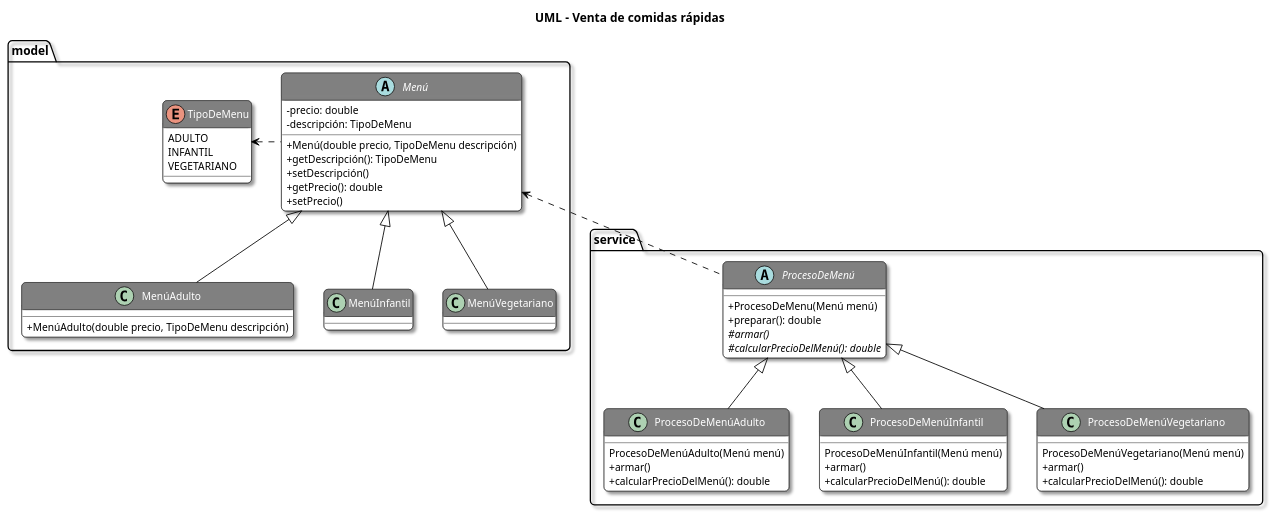
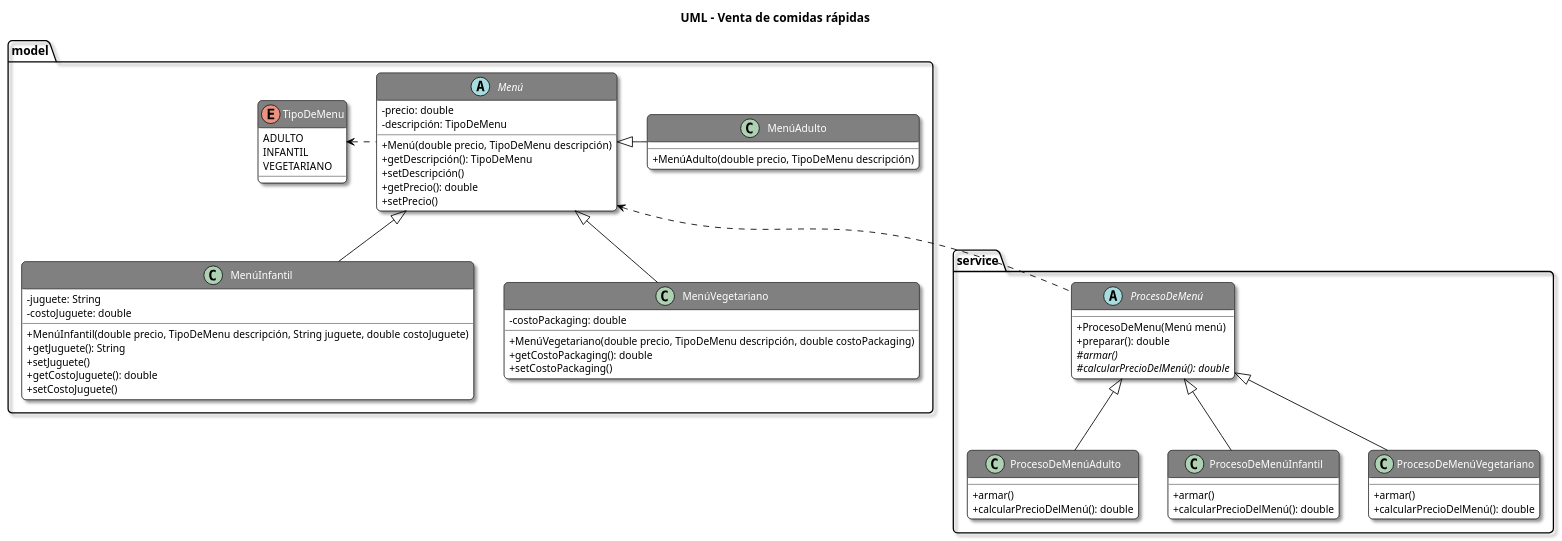
Before and after one commit to hfelipeserna/hfelipeserna.github.io: the diagram in Digital_House-Certified_Tech_Developer/Backend_I/Template_method_pattern/Comidas_rápidas/src/Venta_comidas_rápidas.puml, drawn with PlantUML. The commit also changed 9 other files, not shown here.

First line of the commit message:
[FEAT] Agregar diagrama UML e implementación de clases

```diff
--- a/Digital_House-Certified_Tech_Developer/Backend_I/Template_method_pattern/Comidas_rápidas/src/Venta_comidas_rápidas.puml
+++ b/Digital_House-Certified_Tech_Developer/Backend_I/Template_method_pattern/Comidas_rápidas/src/Venta_comidas_rápidas.puml
@@ -1,108 +1,116 @@
 @startuml
 'https://plantuml.com/class-diagram
 
 '___________STYLES___________
 title UML - Venta de comidas rápidas
 skinparam classAttributeIconSize 0
 skinparam backgroundColor White
 skinparam RoundCorner 10
 skinparam Shadowing true
 
 skinparam class {
     ArrowColor Black
     BackgroundColor White
     HeaderBackgroundColor Gray
     BorderColor Black
     FontColor White
     FontSize 14
     AttributeFontSize 12
 }
 
 skinparam object{
     ArrowColor Black
     BackgroundColor White
     BorderColor Black
     FontColor Black
     FontSize 14
     AttributeFontSize 12
 }
 
 skinparam note {
     BackgroundColor LightYellow
     BorderColor Black
 }
 
 '___________UML___________
 
 package model{
 
 abstract Menú{
 -precio: double
 -descripción: TipoDeMenu
 +Menú(double precio, TipoDeMenu descripción)
 +getDescripción(): TipoDeMenu
 +setDescripción()
 +getPrecio(): double
 +setPrecio()
 }
 
 class MenúAdulto{
 +MenúAdulto(double precio, TipoDeMenu descripción)
 }
 
 class MenúInfantil{
+-juguete: String
+-costoJuguete: double
++MenúInfantil(double precio, TipoDeMenu descripción, String juguete, double costoJuguete)
++getJuguete(): String
++setJuguete()
++getCostoJuguete(): double
++setCostoJuguete()
 }
 
 class MenúVegetariano{
+-costoPackaging: double
++MenúVegetariano(double precio, TipoDeMenu descripción, double costoPackaging)
++getCostoPackaging(): double
++setCostoPackaging()
 }
 
 enum TipoDeMenu{
 ADULTO
 INFANTIL
 VEGETARIANO
 }
 }
 
 package service{
 
 abstract ProcesoDeMenú{
 +ProcesoDeMenu(Menú menú)
 +preparar(): double
 #{abstract}armar()
 #{abstract}calcularPrecioDelMenú(): double
 }
 
 class ProcesoDeMenúAdulto{
-ProcesoDeMenúAdulto(Menú menú)
 +armar()
 +calcularPrecioDelMenú(): double
 }
 
 class ProcesoDeMenúInfantil{
-ProcesoDeMenúInfantil(Menú menú)
 +armar()
 +calcularPrecioDelMenú(): double
 }
 
 class ProcesoDeMenúVegetariano{
-ProcesoDeMenúVegetariano(Menú menú)
 +armar()
 +calcularPrecioDelMenú(): double
 }
 
 }
 
 TipoDeMenu <. Menú
 
-Menú <|-- MenúAdulto
+Menú <|- MenúAdulto
 Menú <|-- MenúInfantil
 Menú <|-- MenúVegetariano
 
 ProcesoDeMenú <|-- ProcesoDeMenúAdulto
 ProcesoDeMenú <|-- ProcesoDeMenúInfantil
 ProcesoDeMenú <|-- ProcesoDeMenúVegetariano
 
 Menú <.. ProcesoDeMenú
 
 
 @enduml
```
